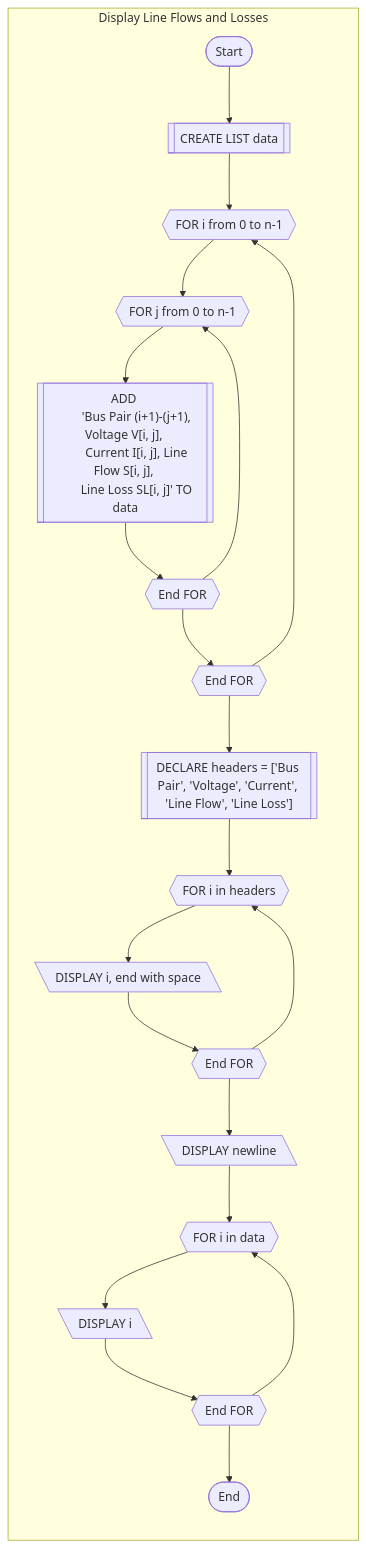
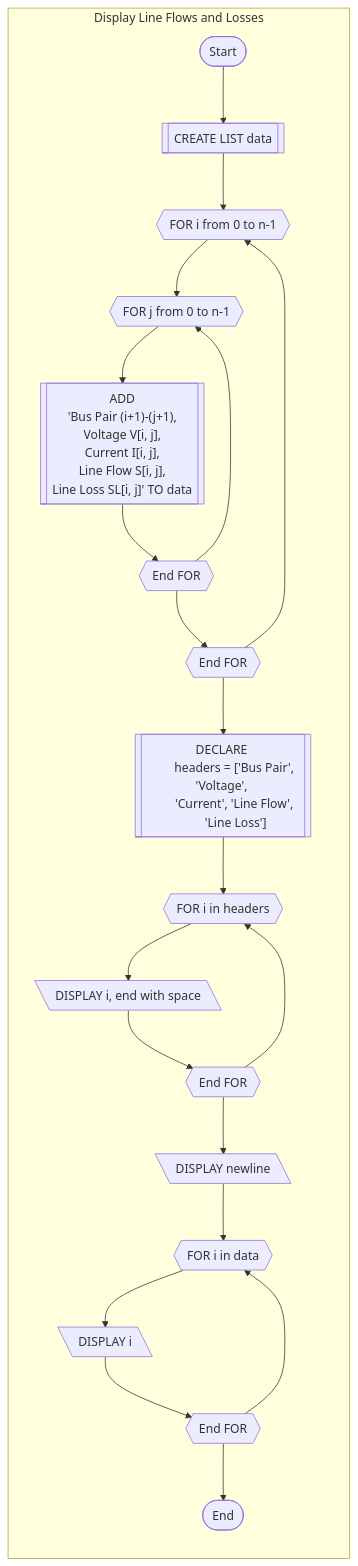
One commit to Sree2011/flowcharts-load-flow-analysis changed the fourth of 4 diagrams in line-flows-and-losses.md. Above: the diagram before and after it, drawn with Mermaid.

```diff
--- a/line-flows-and-losses.md
+++ b/line-flows-and-losses.md
@@ -126,29 +126,34 @@
 <pre class="mermaid">
 graph LR
     subgraph Display Line Flows and Losses
         direction TB
         LLL([Start])
         LLL --> MMM[[CREATE LIST data]]
         MMM --> NNN[FOR i from 0 to n-1]@{shape: hex}
         NNN --> OOO[FOR j from 0 to n-1]@{shape: hex}
         OOO --> PPP[["ADD 
-        'Bus Pair (i+1)-(j+1), Voltage V[i, j], 
-        Current I[i, j], Line Flow S[i, j], 
+        'Bus Pair (i+1)-(j+1), 
+        Voltage V[i, j], 
+        Current I[i, j], 
+        Line Flow S[i, j], 
         Line Loss SL[i, j]' TO data"]]
         PPP --> QQQ[End FOR]@{shape: hex}
         QQQ --> OOO
         QQQ --> RRR[End FOR]@{shape: hex}
         RRR --> NNN
-        RRR --> SSS[["DECLARE headers = ['Bus Pair', 'Voltage', 'Current', 'Line Flow', 'Line Loss']"]]
+        RRR --> SSS[["DECLARE 
+        headers = ['Bus Pair', 'Voltage', 
+        'Current', 'Line Flow', 
+        'Line Loss']"]]
         SSS --> TTT[FOR i in headers]@{shape: hex}
         TTT --> UUU[DISPLAY i, end with space]@{shape: lean-left}
         UUU --> VVV[End FOR]@{shape: hex}
         VVV --> TTT
         VVV --> WWW[DISPLAY newline]@{shape: lean-left}
         WWW --> XXX[FOR i in data]@{shape: hex}
         XXX --> YYY[DISPLAY i]@{shape: lean-left}
         YYY --> ZZZ[End FOR]@{shape: hex}
         ZZZ --> XXX
         ZZZ --> AAAA([End])
     end
 </pre>
```
